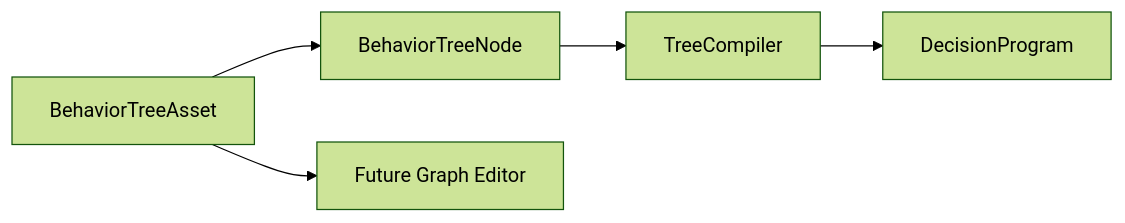
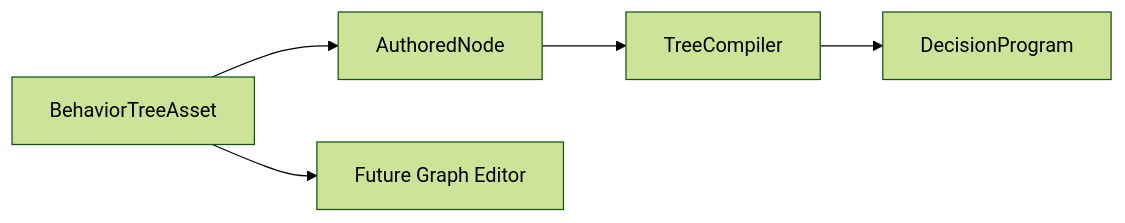
The diagram in Docs/02 - C++ Components/BehaviorTreeAsset.md (jabbadablack/G.O.A.T), drawn with Mermaid (forest theme) before and after one commit. The commit also changed other lines of this file and 44 other files, not shown here.

````diff
--- a/Docs/02 - C++ Components/BehaviorTreeAsset.md
+++ b/Docs/02 - C++ Components/BehaviorTreeAsset.md
@@ -60,7 +60,7 @@
 ```mermaid
 graph LR
-    A[BehaviorTreeAsset] --> B[BehaviorTreeNode]
+    A[BehaviorTreeAsset] --> B[AuthoredNode]
     B --> C[TreeCompiler]
     C --> D[DecisionProgram]
     A --> E[Future Graph Editor]
 ```
````
